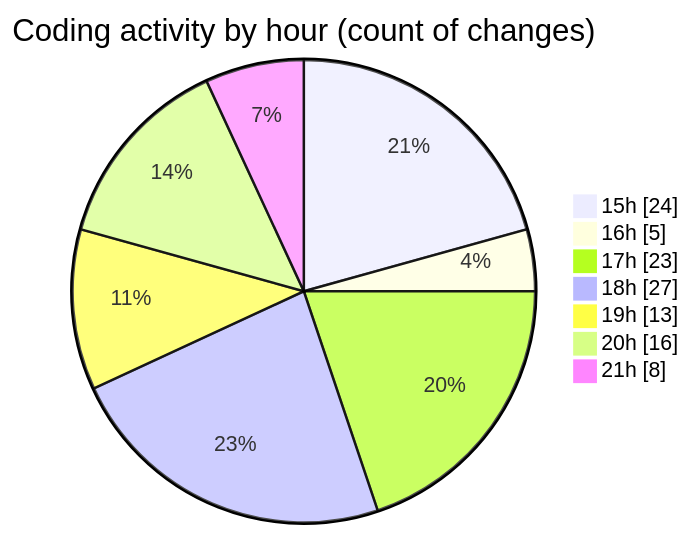
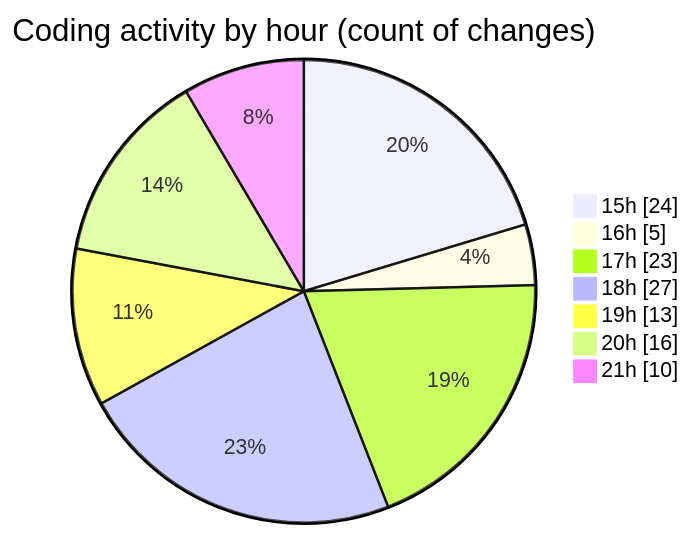
The second of 2 diagrams in 2025-08-02/tw-server/README.md (EIIisD/code-tracking), drawn with Mermaid before and after one commit. The commit also changed other lines of this file and 1 other file, not shown here.

````diff
--- a/2025-08-02/tw-server/README.md
+++ b/2025-08-02/tw-server/README.md
@@ -36,11 +36,11 @@
 ```mermaid
 pie showData
 title Coding activity by hour (count of changes)
 "15h" : 24
 "16h" : 5
 "17h" : 23
 "18h" : 27
 "19h" : 13
 "20h" : 16
-"21h" : 8
+"21h" : 10
 ```
````
